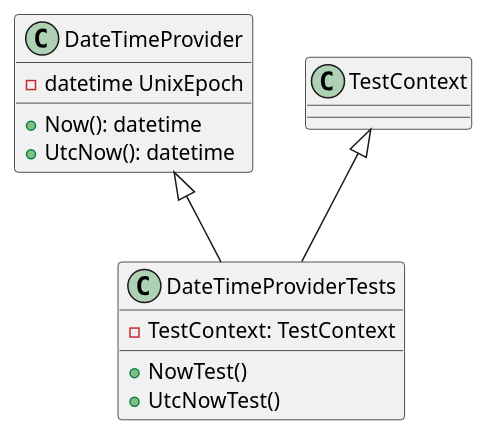
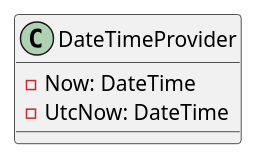
One commit to mwwhited-forks/dotnet-libs changed the diagram in docs/generated/Framework/Eliassen.System.Tests/Providers/Documentation.md. Above: the diagram before and after it, drawn with PlantUML. The commit also changed other lines of this file and 444 other files, not shown here.

````diff
--- a/docs/generated/Framework/Eliassen.System.Tests/Providers/Documentation.md
+++ b/docs/generated/Framework/Eliassen.System.Tests/Providers/Documentation.md
@@ -4,18 +13,8 @@
 ```plantuml
 @startuml
 class DateTimeProvider {
-  - datetime UnixEpoch
-  + Now(): datetime
-  + UtcNow(): datetime
+  - Now: DateTime
+  - UtcNow: DateTime
 }
-
-class DateTimeProviderTests {
-  - TestContext: TestContext
-  + NowTest()
-  + UtcNowTest()
-}
-
-TestContext <|-- DateTimeProviderTests
-DateTimeProvider <|-- DateTimeProviderTests
 @enduml
 ```
````
